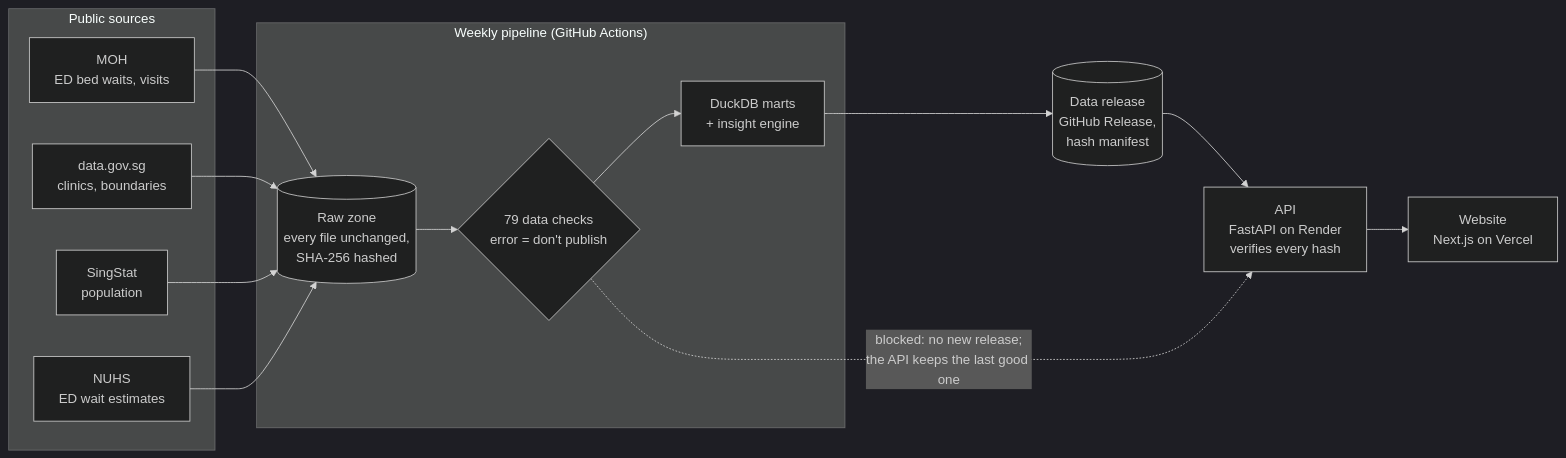
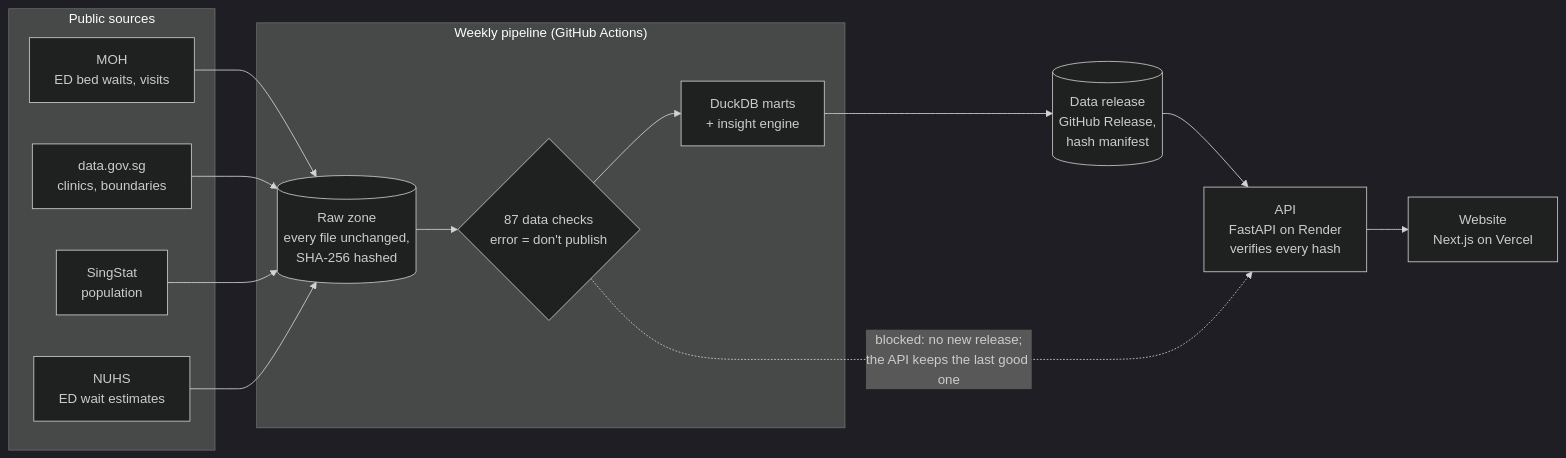
The diagram in README.md (gabrielneo/sg-care-capacity), drawn with Mermaid (dark theme) before and after one commit. The commit also changed other lines of this file and 3 other files, not shown here.

````diff
--- a/README.md
+++ b/README.md
@@ -51,19 +69,19 @@
 ```mermaid
 flowchart LR
   subgraph Sources["Public sources"]
     MOH["MOH<br/>ED bed waits, visits"]
     DG["data.gov.sg<br/>clinics, boundaries"]
     SS["SingStat<br/>population"]
     NUHS["NUHS<br/>ED wait estimates"]
   end
   subgraph Pipeline["Weekly pipeline (GitHub Actions)"]
     RAW[("Raw zone<br/>every file unchanged,<br/>SHA-256 hashed")]
-    DQ{"79 data checks<br/>error = don't publish"}
+    DQ{"87 data checks<br/>error = don't publish"}
     MART["DuckDB marts<br/>+ insight engine"]
   end
   REL[("Data release<br/>GitHub Release,<br/>hash manifest")]
   API["API<br/>FastAPI on Render<br/>verifies every hash"]
   WEB["Website<br/>Next.js on Vercel"]
   MOH & DG & SS & NUHS --> RAW --> DQ --> MART --> REL --> API --> WEB
   DQ -. "blocked: no new release;<br/>the API keeps the last good one" .-> API
 ```
````
